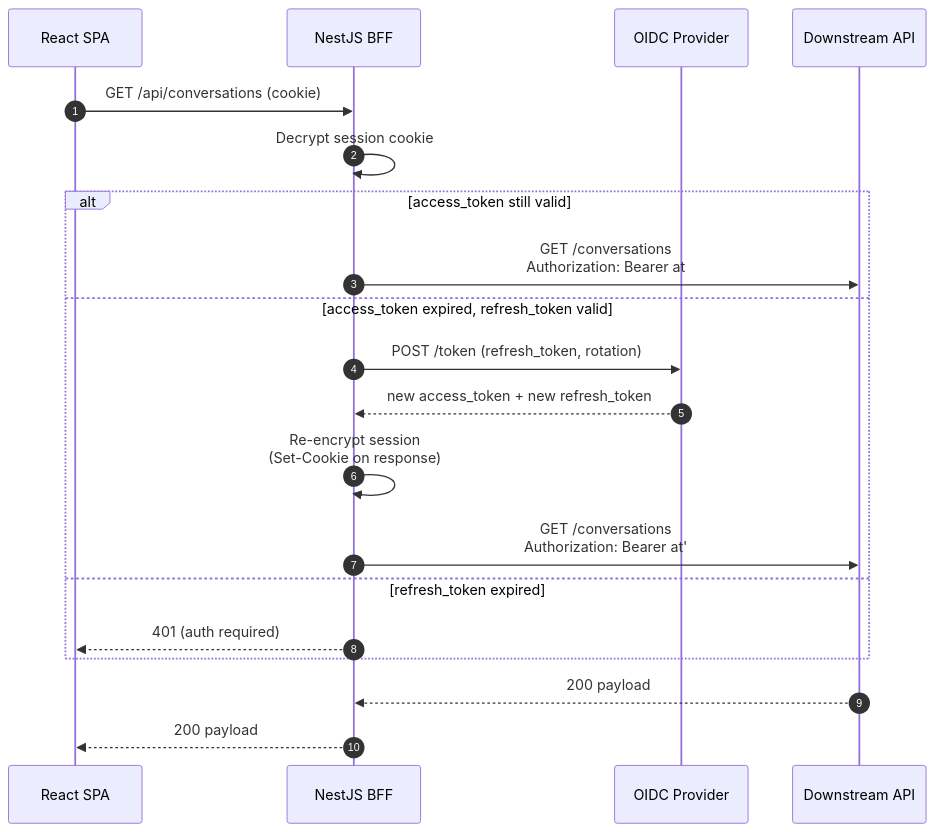
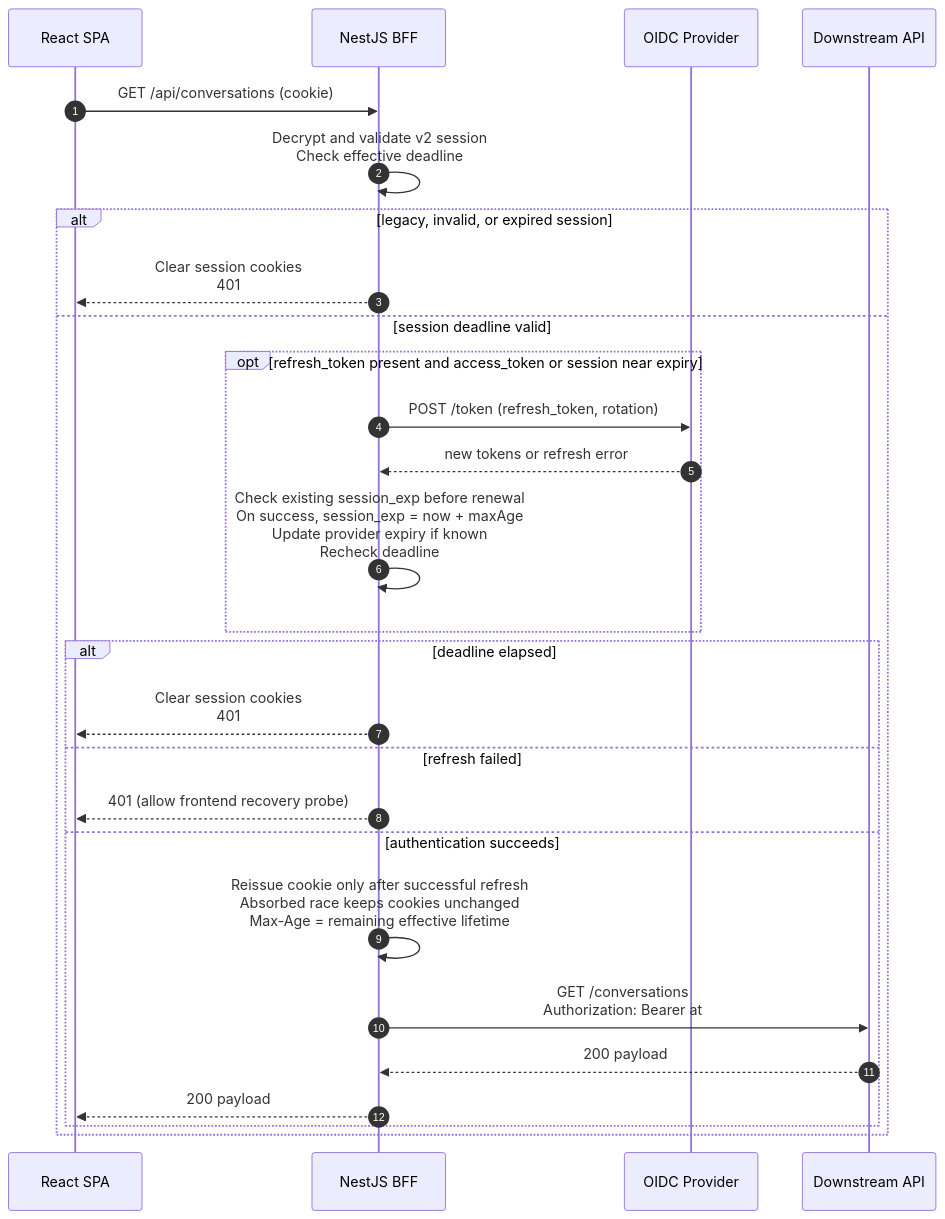
One commit to epam/ai-dial-chat changed the diagram in docs/auth/auth-diagrams/04-api-request-refresh.mmd. Above: the diagram before and after it, drawn with Mermaid. The commit also changed 31 other files, not shown here.

First line of the commit message:
fix(chat-api)!: enforce rolling session expiration

```diff
--- a/docs/auth/auth-diagrams/04-api-request-refresh.mmd
+++ b/docs/auth/auth-diagrams/04-api-request-refresh.mmd
@@ -1,24 +1,31 @@
 %% Authenticated API request with transparent server-side refresh.
 %% Refresh token rotation: new RT replaces old; cookie is re-issued on the same response.
 
 sequenceDiagram
     autonumber
     participant SPA as React SPA
     participant BFF as NestJS BFF
     participant IDP as OIDC Provider
     participant API as Downstream API
 
     SPA->>BFF: GET /api/conversations (cookie)
-    BFF->>BFF: Decrypt session cookie
-    alt access_token still valid
-        BFF->>API: GET /conversations<br/>Authorization: Bearer at
-    else access_token expired, refresh_token valid
-        BFF->>IDP: POST /token (refresh_token, rotation)
-        IDP-->>BFF: new access_token + new refresh_token
-        BFF->>BFF: Re-encrypt session<br/>(Set-Cookie on response)
-        BFF->>API: GET /conversations<br/>Authorization: Bearer at'
-    else refresh_token expired
-        BFF-->>SPA: 401 (auth required)
+    BFF->>BFF: Decrypt and validate v2 session<br/>Check effective deadline
+    alt legacy, invalid, or expired session
+        BFF-->>SPA: Clear session cookies<br/>401
+    else session deadline valid
+        opt refresh_token present and access_token or session near expiry
+            BFF->>IDP: POST /token (refresh_token, rotation)
+            IDP-->>BFF: new tokens or refresh error
+            BFF->>BFF: Check existing session_exp before renewal<br/>On success, session_exp = now + maxAge<br/>Update provider expiry if known<br/>Recheck deadline
+        end
+        alt deadline elapsed
+            BFF-->>SPA: Clear session cookies<br/>401
+        else refresh failed
+            BFF-->>SPA: 401 (allow frontend recovery probe)
+        else authentication succeeds
+            BFF->>BFF: Reissue cookie only after successful refresh<br/>Absorbed race keeps cookies unchanged<br/>Max-Age = remaining effective lifetime
+            BFF->>API: GET /conversations<br/>Authorization: Bearer at
+            API-->>BFF: 200 payload
+            BFF-->>SPA: 200 payload
+        end
     end
-    API-->>BFF: 200 payload
-    BFF-->>SPA: 200 payload
```
